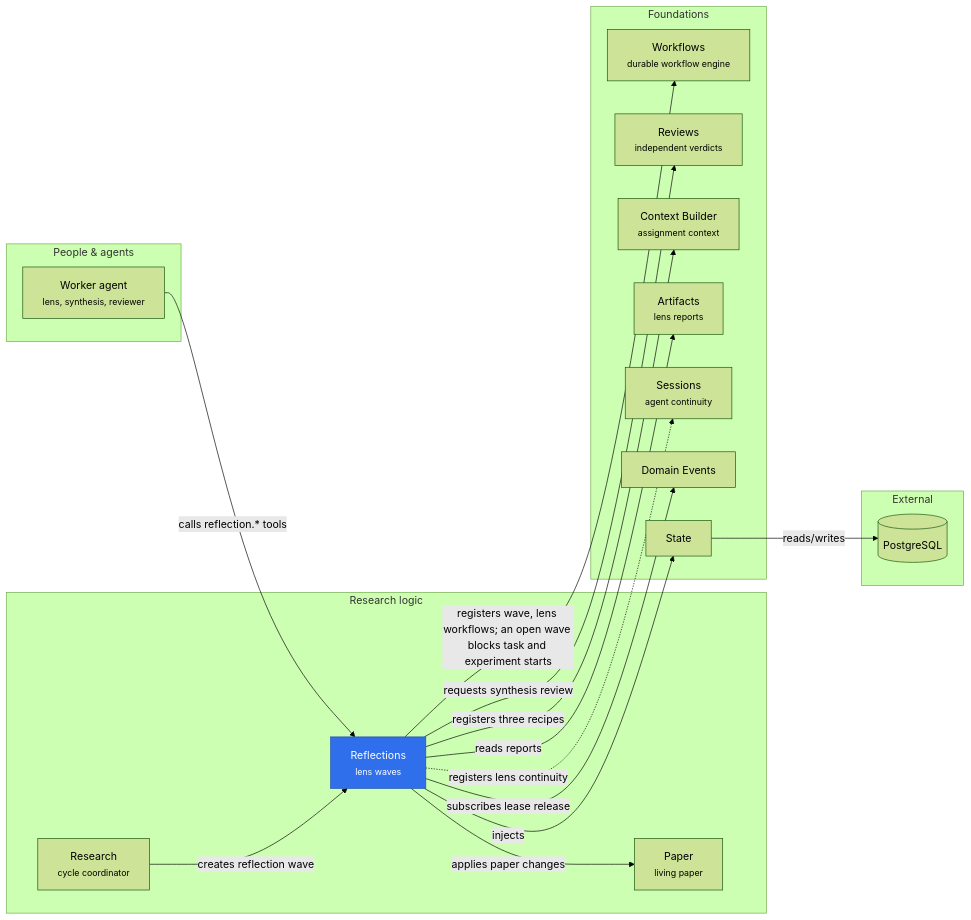
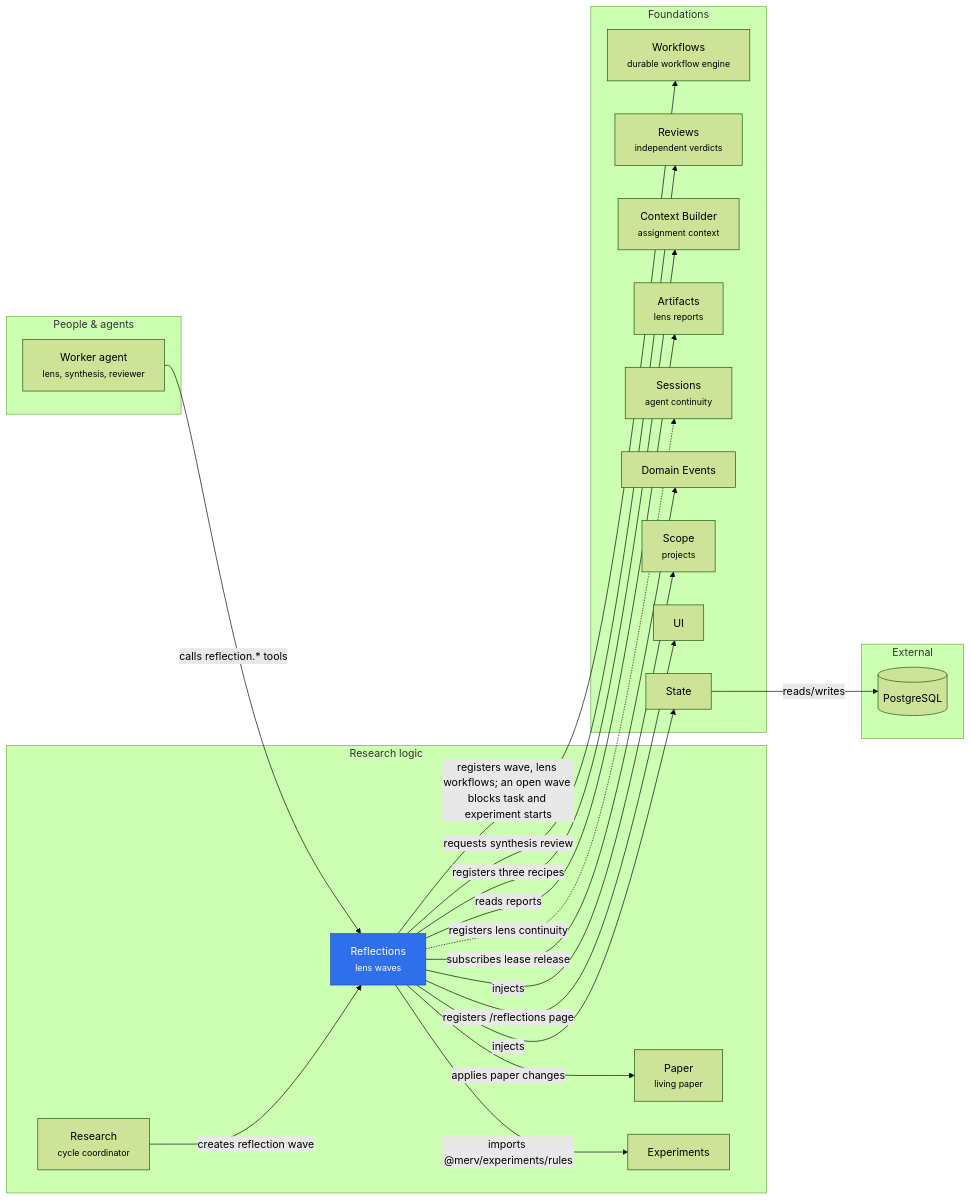
One commit to rapidreview-io/Merv changed the diagram in merv-typescript/packages/reflections/README.md. Above: the diagram before and after it, drawn with Mermaid (forest theme). The commit also changed 2 other files, not shown here.

Commit message:
Draw the Experiments, Scope and UI edges of Reflections, Paper's Reviews rules and Sessions' UI adapter
Reflections' change specification imports @merv/experiments/rules, and it
injects Scope and registers its page with the UI. Paper imports
@merv/reviews/rules. Sessions' UI adapter injects the UI, which imports
@merv/sessions/rules for the platform phrase.

````diff
--- a/merv-typescript/packages/reflections/README.md
+++ b/merv-typescript/packages/reflections/README.md
@@ -7,36 +7,42 @@
 ```mermaid
 flowchart LR
   subgraph people["People & agents"]
     worker["Worker agent<br/><small>lens, synthesis, reviewer</small>"]
   end
   subgraph logic["Research logic"]
     reflections["Reflections<br/><small>lens waves</small>"]
     research["Research<br/><small>cycle coordinator</small>"]
     paper["Paper<br/><small>living paper</small>"]
+    experiments["Experiments"]
   end
   subgraph foundations["Foundations"]
     workflows["Workflows<br/><small>durable workflow engine</small>"]
     reviews["Reviews<br/><small>independent verdicts</small>"]
     contextBuilder["Context Builder<br/><small>assignment context</small>"]
     artifacts["Artifacts<br/><small>lens reports</small>"]
     sessions["Sessions<br/><small>agent continuity</small>"]
     domainEvents["Domain Events"]
+    scope["Scope<br/><small>projects</small>"]
+    ui["UI"]
     state["State"]
   end
   subgraph external["External"]
     postgres[("PostgreSQL")]
   end
   worker -- "calls reflection.* tools" --> reflections
   research -- "creates reflection wave" --> reflections
   reflections -- "registers wave, lens workflows; an open wave blocks task and experiment starts" --> workflows
   reflections -- "requests synthesis review" --> reviews
   reflections -- "registers three recipes" --> contextBuilder
   reflections -- "applies paper changes" --> paper
+  reflections -- "imports @merv/experiments/rules" --> experiments
   reflections -- "reads reports" --> artifacts
   reflections -. "registers lens continuity" .-> sessions
   reflections -- "subscribes lease release" --> domainEvents
+  reflections -- "injects" --> scope
+  reflections -- "registers /reflections page" --> ui
   reflections -- "injects" --> state
   state -- "reads/writes" --> postgres
   class reflections self
   classDef self fill:#2f6feb,color:#fff,stroke:#1f4fb0
 ```
````
